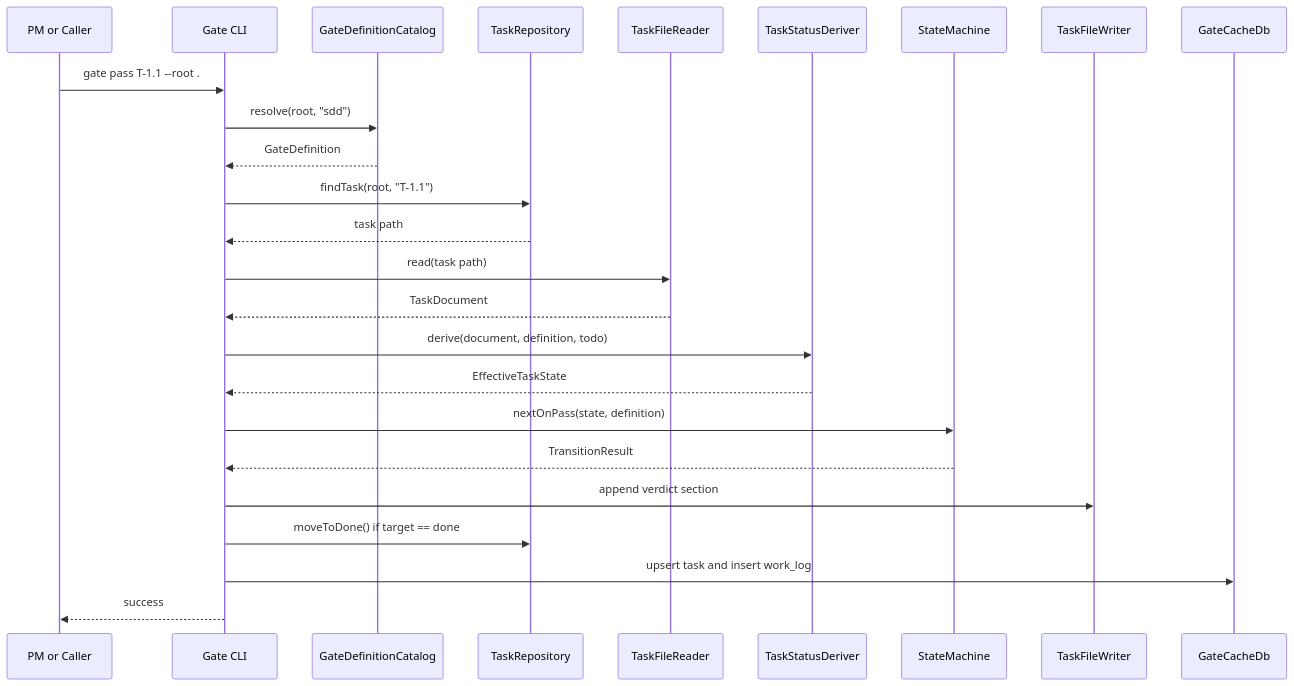
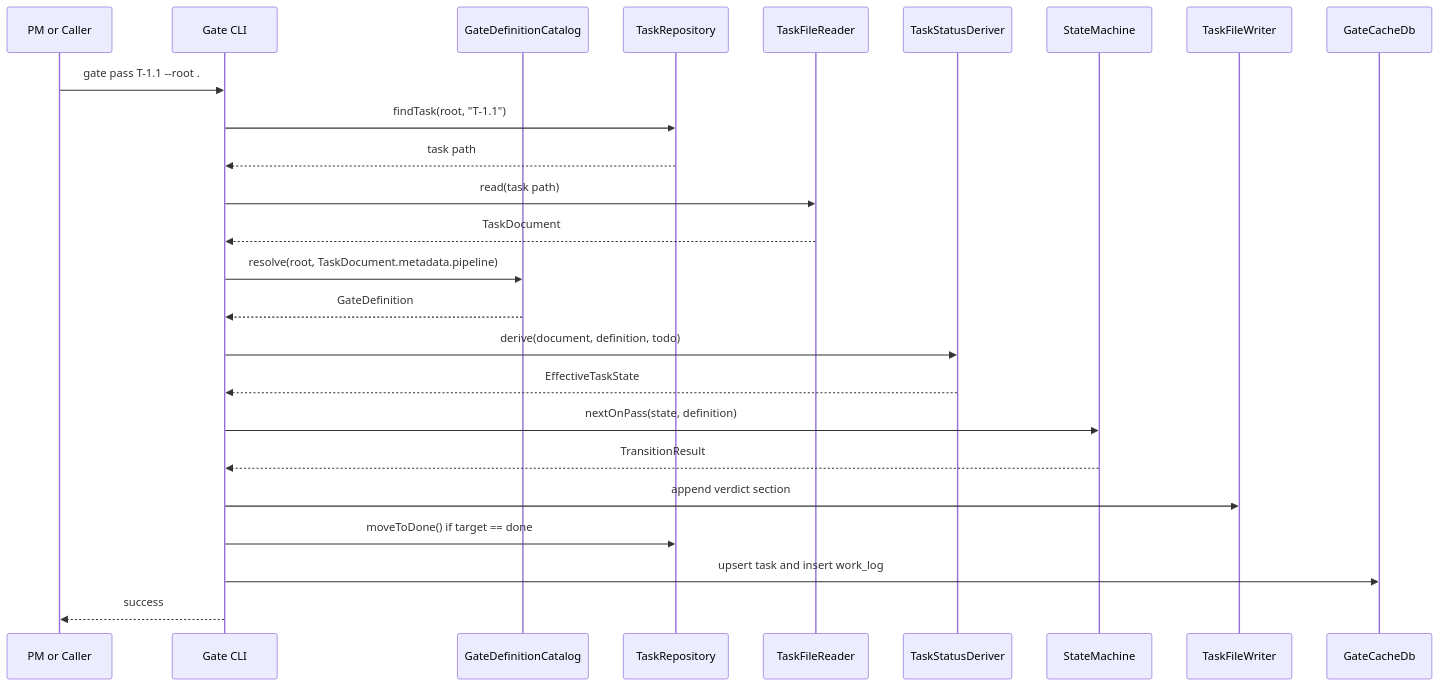
Before and after one commit to msbrettorg/maenifold: the fourth of 4 diagrams in docs/gate-uml-spec.md, drawn with Mermaid. The commit also changed other lines of this file, not shown here.

Commit message:
docs: gate UML spec for SDD pipeline enforcement

````diff
--- a/docs/gate-uml-spec.md
+++ b/docs/gate-uml-spec.md
@@ -410,28 +458,28 @@
 ```mermaid
 sequenceDiagram
 participant PM as PM or Caller
 participant CLI as Gate CLI
 participant Catalog as GateDefinitionCatalog
 participant Repo as TaskRepository
 participant Reader as TaskFileReader
 participant Deriver as TaskStatusDeriver
 participant SM as StateMachine
 participant Writer as TaskFileWriter
 participant DB as GateCacheDb
 
 PM->>CLI: gate pass T-1.1 --root .
-CLI->>Catalog: resolve(root, "sdd")
-Catalog-->>CLI: GateDefinition
 CLI->>Repo: findTask(root, "T-1.1")
 Repo-->>CLI: task path
 CLI->>Reader: read(task path)
 Reader-->>CLI: TaskDocument
+CLI->>Catalog: resolve(root, TaskDocument.metadata.pipeline)
+Catalog-->>CLI: GateDefinition
 CLI->>Deriver: derive(document, definition, todo)
 Deriver-->>CLI: EffectiveTaskState
 CLI->>SM: nextOnPass(state, definition)
 SM-->>CLI: TransitionResult
 CLI->>Writer: append verdict section
 CLI->>Repo: moveToDone() if target == done
 CLI->>DB: upsert task and insert work_log
 CLI-->>PM: success
 ```
````
